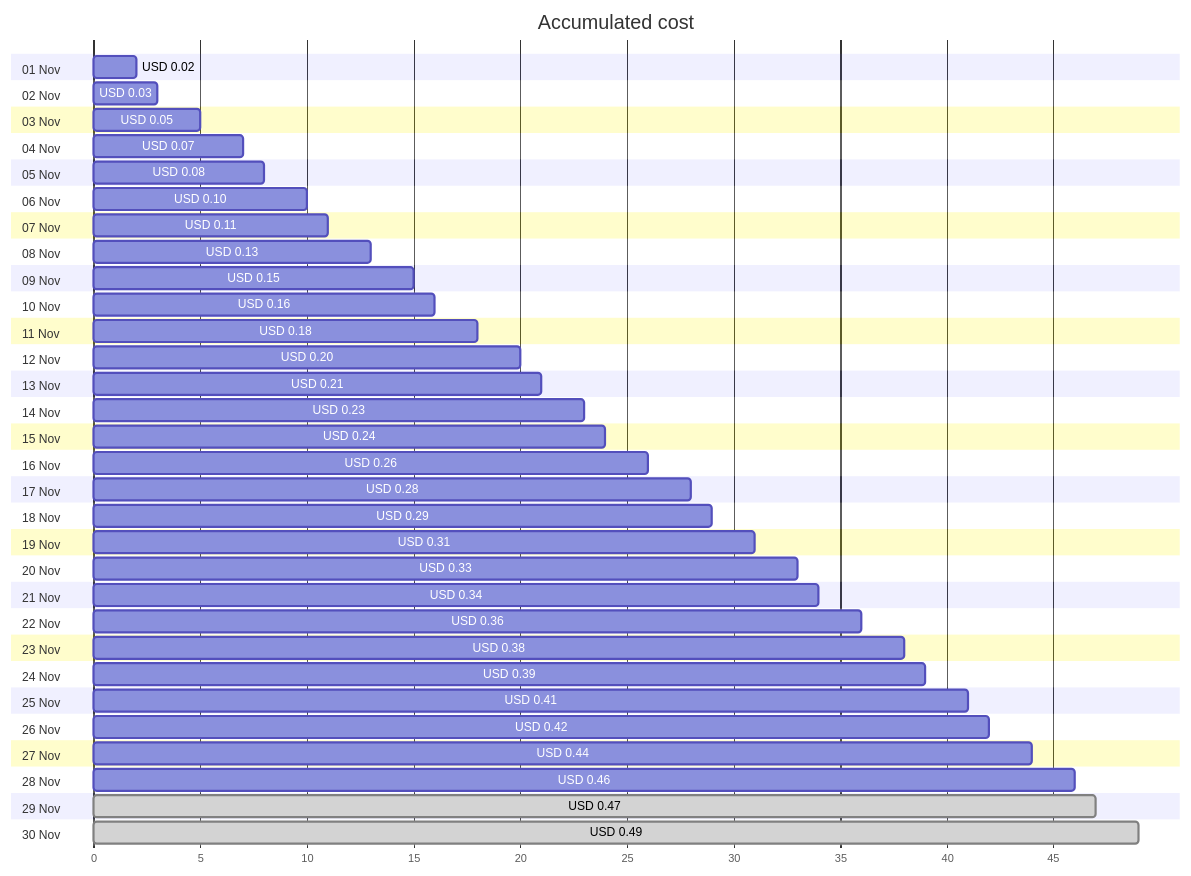
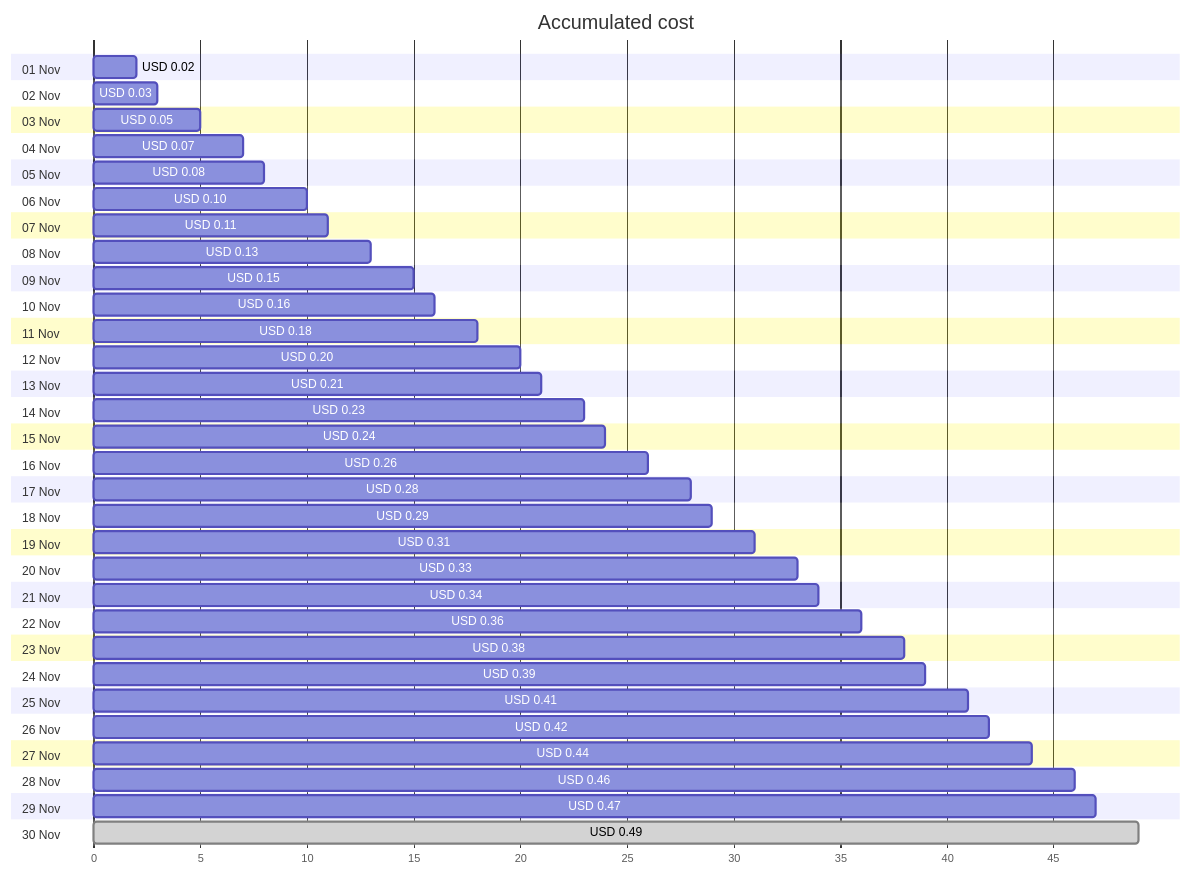
Before and after one commit to jpfulton/azure-personal-reports: the first of 4 diagrams in cost-reports/personal-dns/jpatrickfulton.com.md, drawn with Mermaid. The commit also changed other lines of this file and 2 other files, not shown here.

````diff
--- a/cost-reports/personal-dns/jpatrickfulton.com.md
+++ b/cost-reports/personal-dns/jpatrickfulton.com.md
@@ -20,66 +20,66 @@
 ```mermaid
 gantt
    title Accumulated cost
    dateFormat  X
    axisFormat %s
    section 01 Nov
    USD 0.02 :0, 2
    section 02 Nov
    USD 0.03 :0, 3
    section 03 Nov
    USD 0.05 :0, 5
    section 04 Nov
    USD 0.07 :0, 7
    section 05 Nov
    USD 0.08 :0, 8
    section 06 Nov
    USD 0.10 :0, 10
    section 07 Nov
    USD 0.11 :0, 11
    section 08 Nov
    USD 0.13 :0, 13
    section 09 Nov
    USD 0.15 :0, 15
    section 10 Nov
    USD 0.16 :0, 16
    section 11 Nov
    USD 0.18 :0, 18
    section 12 Nov
    USD 0.20 :0, 20
    section 13 Nov
    USD 0.21 :0, 21
    section 14 Nov
    USD 0.23 :0, 23
    section 15 Nov
    USD 0.24 :0, 24
    section 16 Nov
    USD 0.26 :0, 26
    section 17 Nov
    USD 0.28 :0, 28
    section 18 Nov
    USD 0.29 :0, 29
    section 19 Nov
    USD 0.31 :0, 31
    section 20 Nov
    USD 0.33 :0, 33
    section 21 Nov
    USD 0.34 :0, 34
    section 22 Nov
    USD 0.36 :0, 36
    section 23 Nov
    USD 0.38 :0, 38
    section 24 Nov
    USD 0.39 :0, 39
    section 25 Nov
    USD 0.41 :0, 41
    section 26 Nov
    USD 0.42 :0, 42
    section 27 Nov
    USD 0.44 :0, 44
    section 28 Nov
    USD 0.46 :0, 46
    section 29 Nov
-   USD 0.47 : done, 0, 47
+   USD 0.47 :0, 47
    section 30 Nov
    USD 0.49 : done, 0, 49
 ```
````
